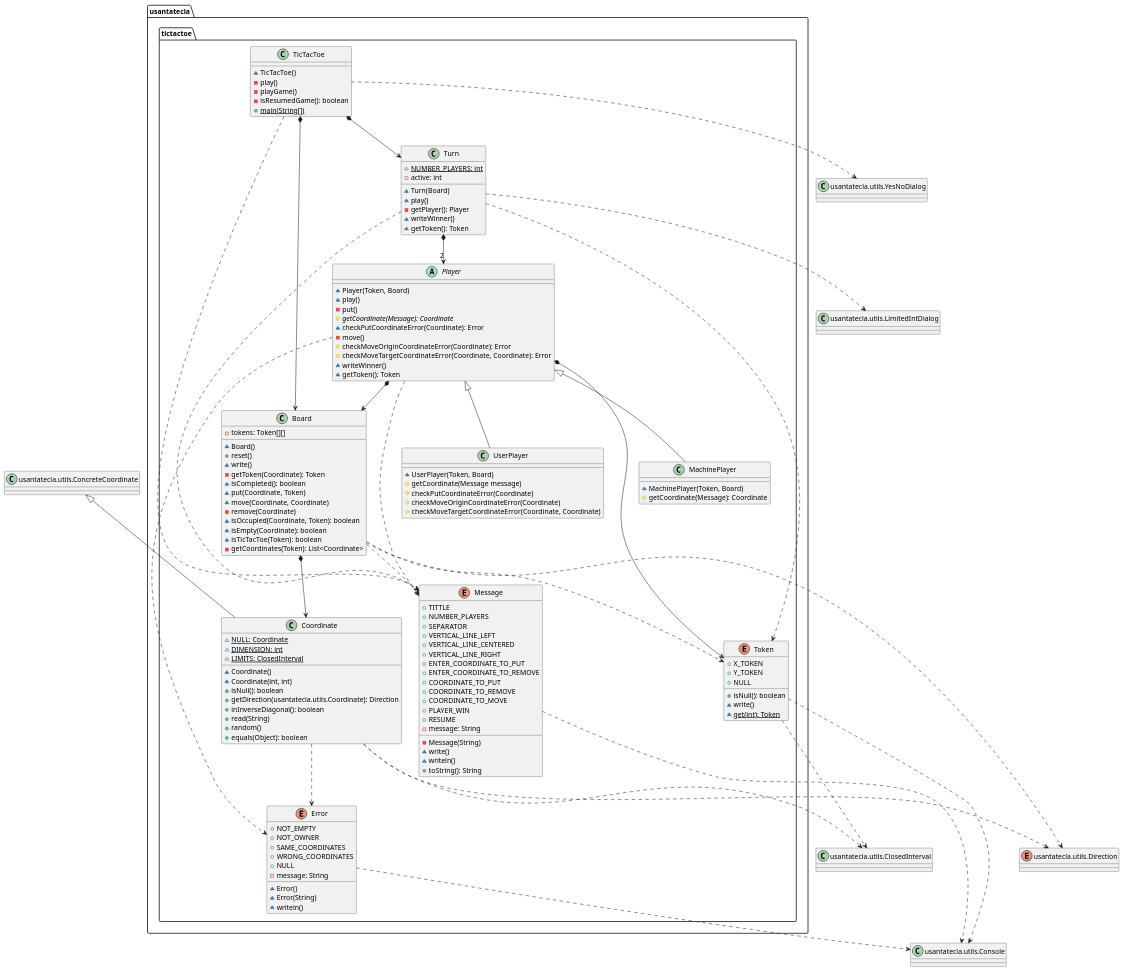
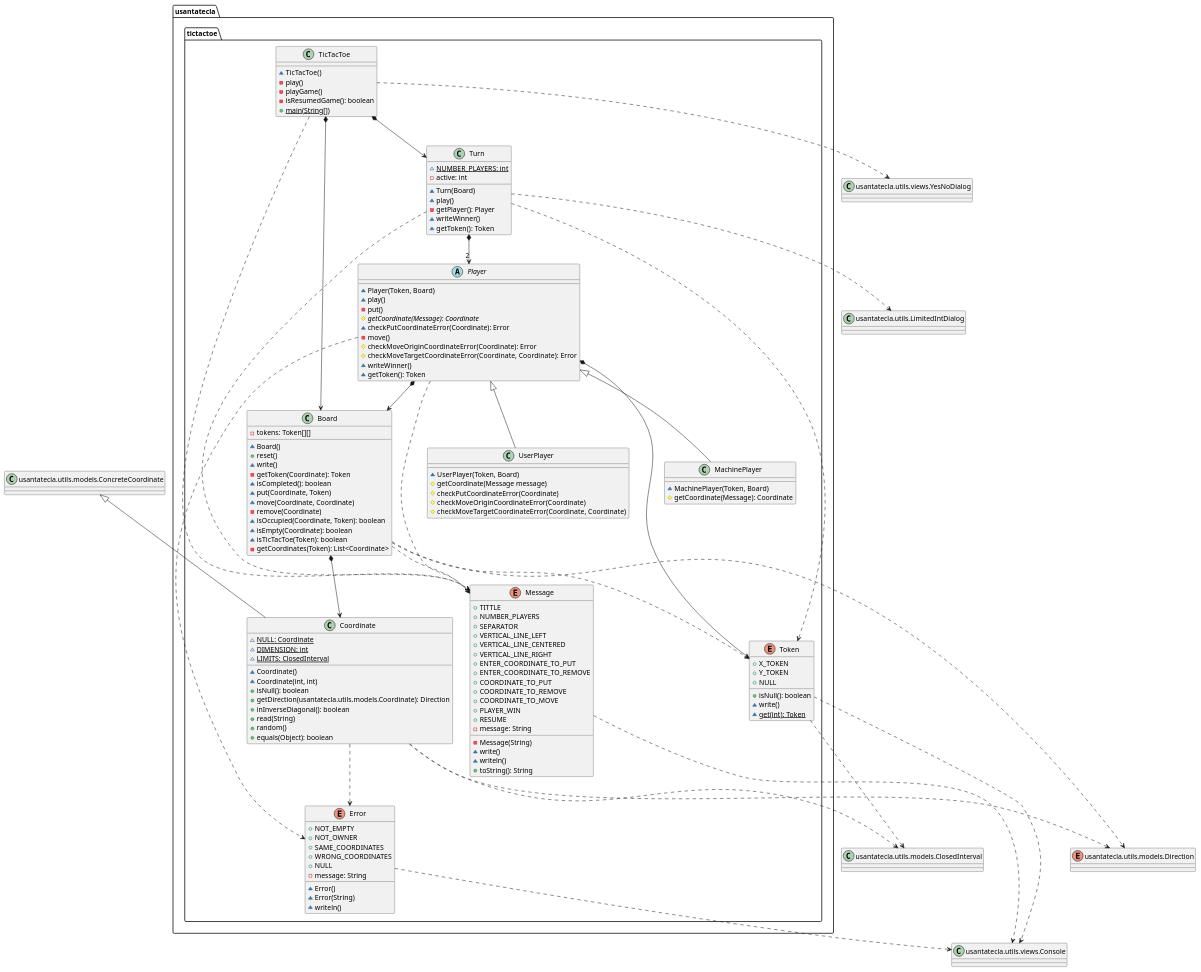
One commit to Jolucaa/USantaTecla-project-ticTacToe changed the first of 2 diagrams in domainModel/docs/diagrams/src/paquetes.plantuml. Above: the diagram before and after it, drawn with PlantUML. The commit also changed other lines of this file and 54 other files, not shown here.

Commit message:
[dv.console] Added prototype + utils views

```diff
--- a/domainModel/docs/diagrams/src/paquetes.plantuml
+++ b/domainModel/docs/diagrams/src/paquetes.plantuml
@@ -1,182 +1,182 @@
 @startuml tictactoe
 namespace usantatecla.tictactoe {
 class Board {
 	- tokens: Token[][] 
 	~ Board()
 	+ reset() 
 	~ write() 
 	- getToken(Coordinate): Token 
 	~ isCompleted(): boolean 
 	~ put(Coordinate, Token) 
 	~ move(Coordinate, Coordinate) 
 	- remove(Coordinate) 
 	~ isOccupied(Coordinate, Token): boolean 
 	~ isEmpty(Coordinate): boolean
 	~ isTicTacToe(Token): boolean
 	- getCoordinates(Token): List<Coordinate> 
 }
 
 class Coordinate {
 	~ NULL: {static} Coordinate
 	~ DIMENSION: {static} int 
 	~ LIMITS: {static} ClosedInterval 
 	~ Coordinate()
 	~ Coordinate(int, int)
 	+ isNull(): boolean 
-	+ getDirection(usantatecla.utils.Coordinate): Direction 
+	+ getDirection(usantatecla.utils.models.Coordinate): Direction
 	+ inInverseDiagonal(): boolean 
 	+ read(String)
 	+ random() 
 	+ equals(Object): boolean 
 }
 
 enum Error {
 
 	+ NOT_EMPTY
 	+ NOT_OWNER
 	+ SAME_COORDINATES
 	+ WRONG_COORDINATES
 	+ NULL
 	- message: String 
 	~ Error()
 	~ Error(String)
 	~ writeln()
 }
 
 class MachinePlayer {
 	~ MachinePlayer(Token, Board)
 	# getCoordinate(Message): Coordinate 
 }
 
 enum Message {
 	+ TITTLE
 	+ NUMBER_PLAYERS
 	+ SEPARATOR
 	+ VERTICAL_LINE_LEFT
 	+ VERTICAL_LINE_CENTERED
 	+ VERTICAL_LINE_RIGHT
 	+ ENTER_COORDINATE_TO_PUT
 	+ ENTER_COORDINATE_TO_REMOVE
 	+ COORDINATE_TO_PUT
 	+ COORDINATE_TO_REMOVE
 	+ COORDINATE_TO_MOVE
 	+ PLAYER_WIN
 	+ RESUME
 	- message: String 
 	- Message(String)
 	~ write()
 	~ writeln()
 	+ toString(): String 
 }
 
 
 abstract class Player {
 	~ Player(Token, Board)
 	~ play()
 	- put()
 	# {abstract} getCoordinate(Message): Coordinate 
 	~ checkPutCoordinateError(Coordinate): Error 
 	- move()
 	# checkMoveOriginCoordinateError(Coordinate): Error 
 	# checkMoveTargetCoordinateError(Coordinate, Coordinate): Error 
 	~ writeWinner()
 	~ getToken(): Token 
 }
 
 class TicTacToe{
     ~ TicTacToe()
 	- play()
     - playGame()
 	- isResumedGame(): boolean
 	+ {static} main(String[])
 }
 
 enum Token {
 	+ X_TOKEN
 	+ Y_TOKEN
 	+ NULL
     + isNull(): boolean 
     ~ write()
     ~ {static} get(int): Token 
 }
 
 class Turn {
 	~ NUMBER_PLAYERS: {static} int 
 	- active: int 
 	~ Turn(Board)
 	~ play()
 	- getPlayer(): Player 
 	~ writeWinner()
 	~ getToken(): Token  
 }
 
 class UserPlayer extends Player {
 	~ UserPlayer(Token, Board)
 	# getCoordinate(Message message)
 	# checkPutCoordinateError(Coordinate) 
 	# checkMoveOriginCoordinateError(Coordinate)
 	# checkMoveTargetCoordinateError(Coordinate, Coordinate)
 }
 
 TicTacToe *-down-> Board 
 TicTacToe *-down-> Turn 
 
 Board .down.> Token
 Turn .down.> Token
 Player *-down-> Token
 Player *-down-> Board 
 Turn *-down-> "2" Player 
 Board *-down-> Coordinate 
 Player <|-down- MachinePlayer
 Coordinate .down.> Error
 Player .down.> Error
 Board .down.> Message
 Player .down.> Message
 TicTacToe .down.> Message
 Turn .down.> Message
 
 }
 
-class ConcreteCoordinate as "usantatecla.utils.ConcreteCoordinate"{
+class ConcreteCoordinate as "usantatecla.utils.models.ConcreteCoordinate"{
 
 }
 
-class ClosedInterval as "usantatecla.utils.ClosedInterval"{
+class ClosedInterval as "usantatecla.utils.models.ClosedInterval"{
 	
 }
 
-class Console as "usantatecla.utils.Console"{
+class Console as "usantatecla.utils.views.Console"{
 	
 }
 
 class LimitedIntDialog as "usantatecla.utils.LimitedIntDialog"{
 	
 }
 
-class YesNoDialog as "usantatecla.utils.YesNoDialog"{
+class YesNoDialog as "usantatecla.utils.views.YesNoDialog"{
 	
 }
 
-enum Direction as "usantatecla.utils.Direction"{
+enum Direction as "usantatecla.utils.models.Direction"{
 	
 }
 
 ConcreteCoordinate <|-down- usantatecla.tictactoe.Coordinate
 
 usantatecla.tictactoe.Coordinate .down.> ClosedInterval
 usantatecla.tictactoe.Token .down.> ClosedInterval
 
 
 usantatecla.tictactoe.Error .down.> Console
 usantatecla.tictactoe.Message .down.> Console
 usantatecla.tictactoe.Token .down.> Console
 
 
 
 usantatecla.tictactoe.Turn .down.> LimitedIntDialog
 usantatecla.tictactoe.TicTacToe .down.> YesNoDialog
 
 usantatecla.tictactoe.Board .down.> Direction
 usantatecla.tictactoe.Coordinate .down.> Direction
 
 @enduml
```
